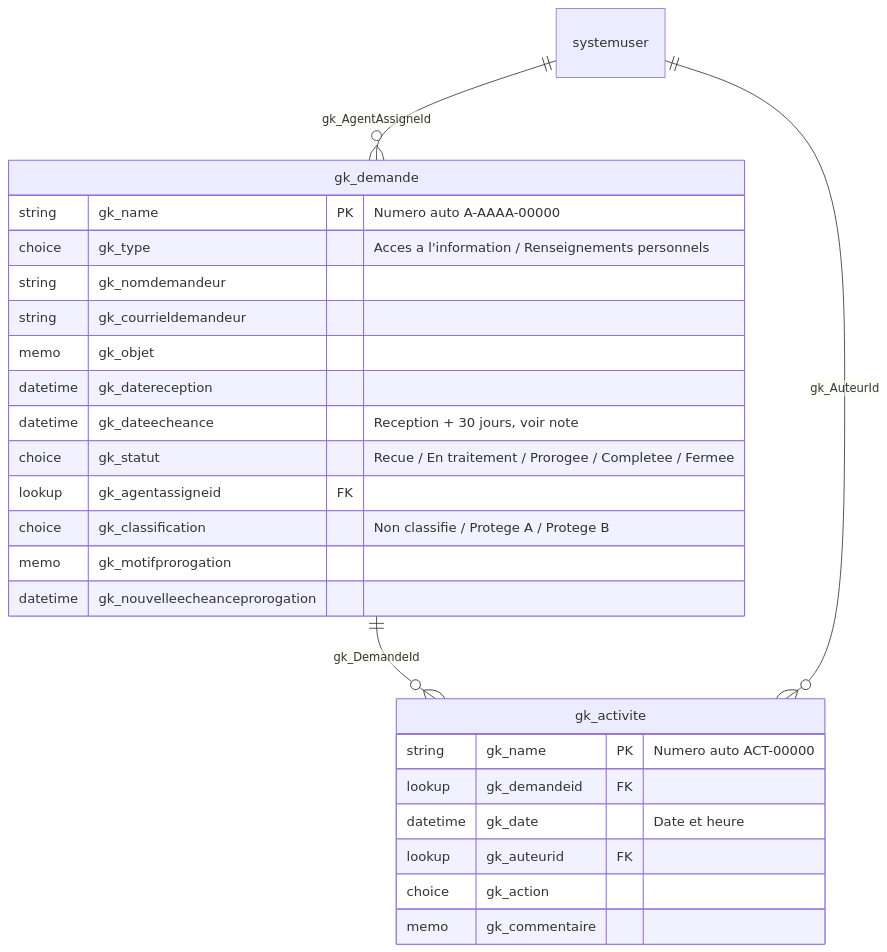
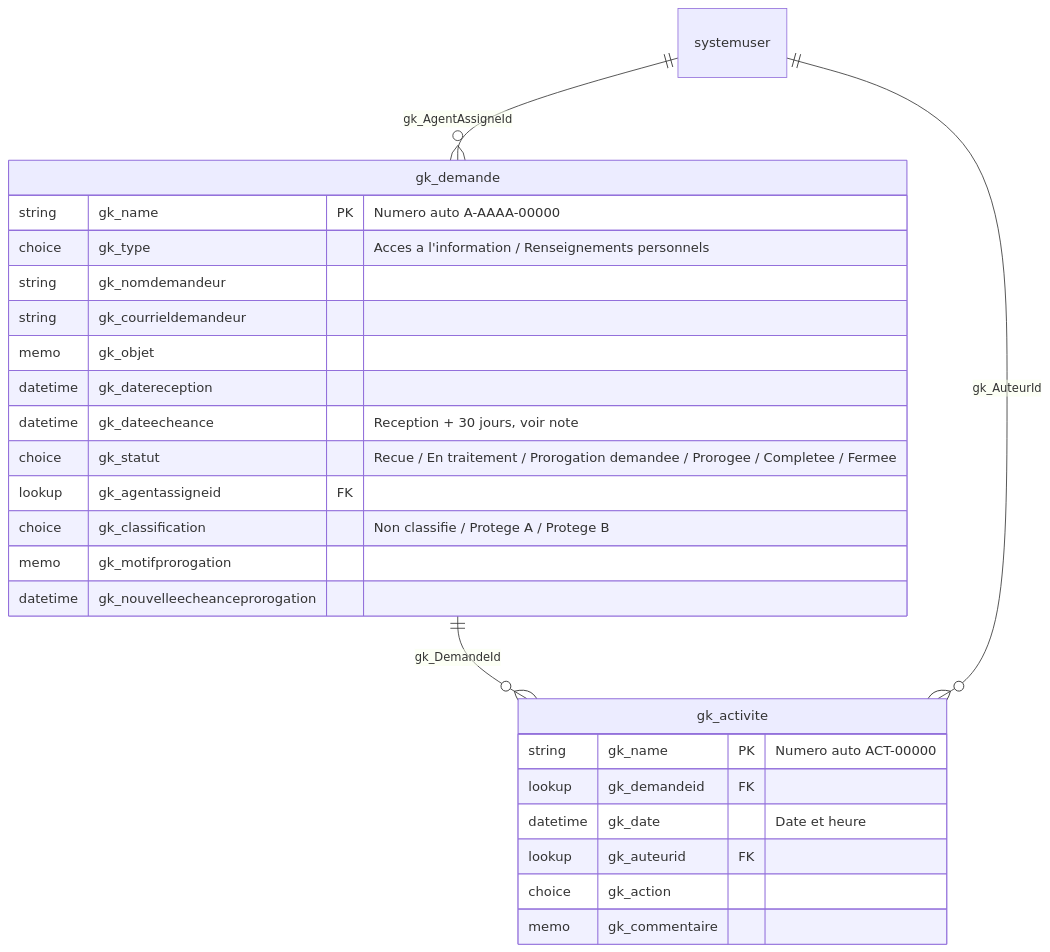
Before and after one commit to itsGween/tracker-aiprp: the diagram in docs/modele-donnees.md, drawn with Mermaid. The commit also changed other lines of this file and 8 other files, not shown here.

First line of the commit message:
fix(phase3): corrige la logique de statut de prorogation et les specs de flux

````diff
--- a/docs/modele-donnees.md
+++ b/docs/modele-donnees.md
@@ -12,30 +12,30 @@
 ```mermaid
 erDiagram
     gk_demande ||--o{ gk_activite : "gk_DemandeId"
     systemuser ||--o{ gk_demande : "gk_AgentAssigneId"
     systemuser ||--o{ gk_activite : "gk_AuteurId"
 
     gk_demande {
         string gk_name PK "Numero auto A-AAAA-00000"
         choice gk_type "Acces a l'information / Renseignements personnels"
         string gk_nomdemandeur
         string gk_courrieldemandeur
         memo gk_objet
         datetime gk_datereception
         datetime gk_dateecheance "Reception + 30 jours, voir note"
-        choice gk_statut "Recue / En traitement / Prorogee / Completee / Fermee"
+        choice gk_statut "Recue / En traitement / Prorogation demandee / Prorogee / Completee / Fermee"
         lookup gk_agentassigneid FK
         choice gk_classification "Non classifie / Protege A / Protege B"
         memo gk_motifprorogation
         datetime gk_nouvelleecheanceprorogation
     }
 
     gk_activite {
         string gk_name PK "Numero auto ACT-00000"
         lookup gk_demandeid FK
         datetime gk_date "Date et heure"
         lookup gk_auteurid FK
         choice gk_action
         memo gk_commentaire
     }
 ```
````
